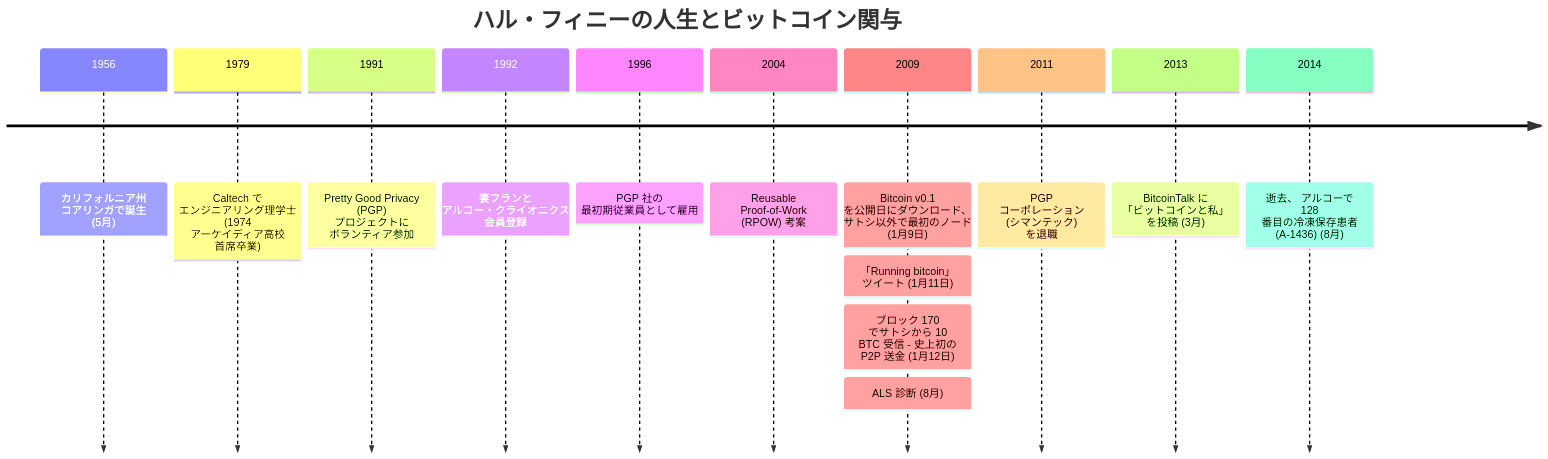
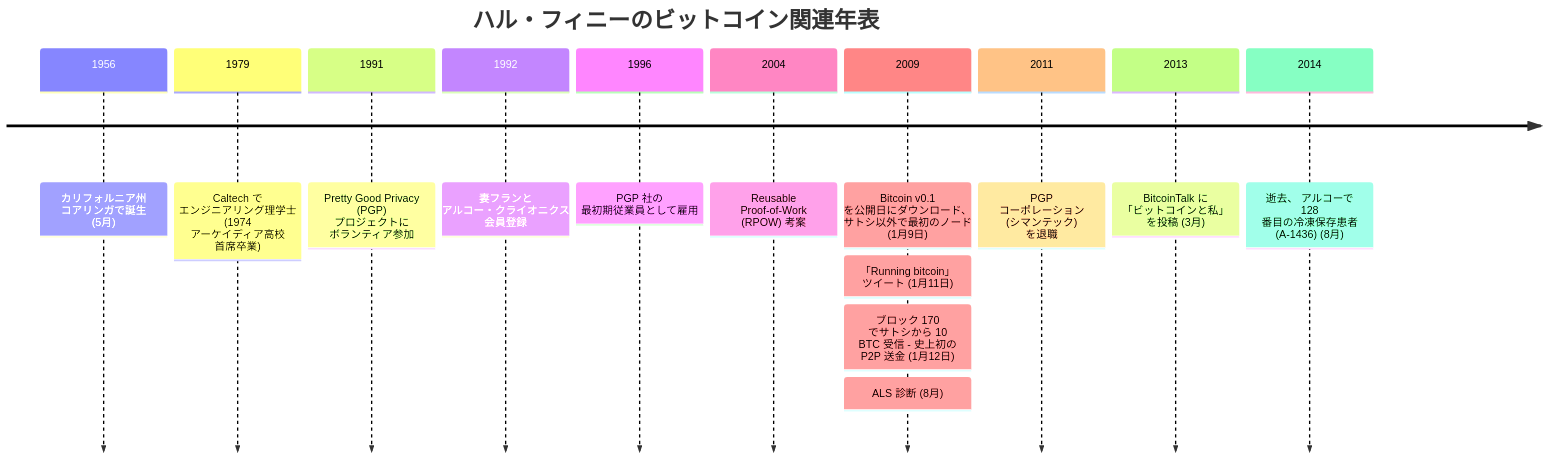
One commit to cypher256/BitcoinArchive changed the diagram in src/data/translations/ja/aftermath/2014-08-28-hal-finney-biography.md. Above: the diagram before and after it, drawn with Mermaid. The commit also changed 104 other files, not shown here.

````diff
--- a/src/data/translations/ja/aftermath/2014-08-28-hal-finney-biography.md
+++ b/src/data/translations/ja/aftermath/2014-08-28-hal-finney-biography.md
@@ -64,17 +64,17 @@
 ```mermaid
 timeline
-    title ハル・フィニーの人生とビットコイン関与
+    title ハル・フィニーのビットコイン関連年表
     1956 : カリフォルニア州 コアリンガで誕生 (5月)
     1979 : Caltech で エンジニアリング理学士 (1974 アーケイディア高校 首席卒業)
     1991 : Pretty Good Privacy (PGP) プロジェクトに ボランティア参加
     1992 : 妻フランと アルコー・クライオニクス 会員登録
     1996 : PGP 社の 最初期従業員として雇用
     2004 : Reusable Proof-of-Work (RPOW) 考案
     2009 : Bitcoin v0.1 を公開日にダウンロード、 サトシ以外で最初のノード (1月9日)
          : 「Running bitcoin」 ツイート (1月11日)
          : ブロック 170 でサトシから 10 BTC 受信 - 史上初の P2P 送金 (1月12日)
          : ALS 診断 (8月)
     2011 : PGP コーポレーション (シマンテック) を退職
     2013 : BitcoinTalk に 「ビットコインと私」 を投稿 (3月)
     2014 : 逝去、 アルコーで 128 番目の冷凍保存患者 (A-1436) (8月)
 ```
````
